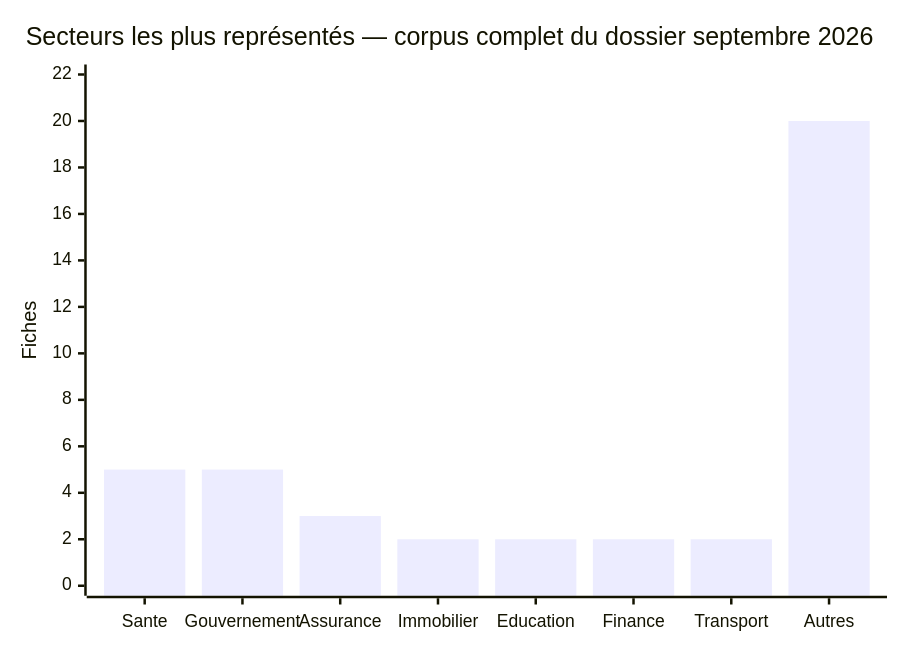
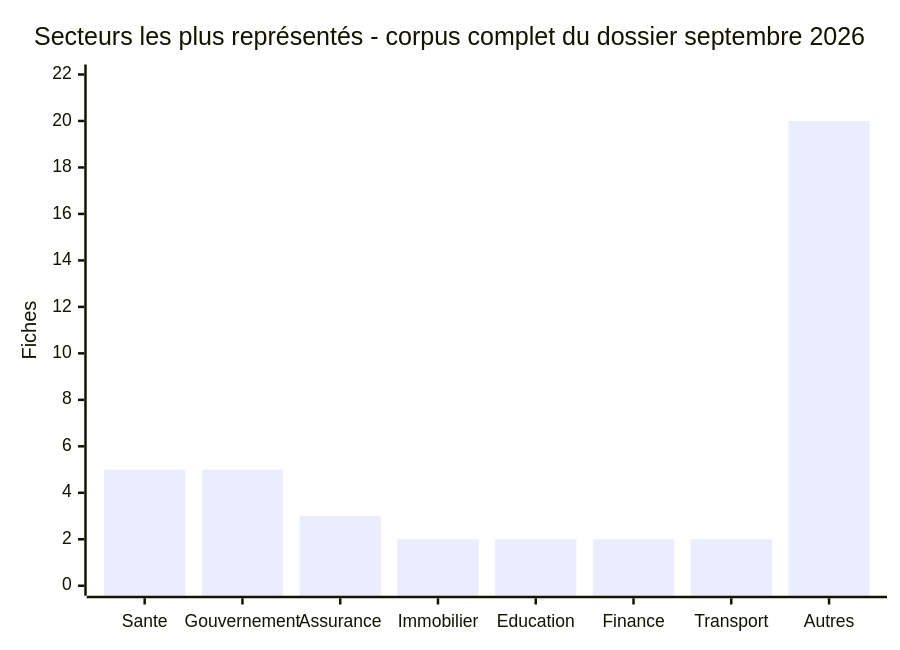
Before and after one commit to Hatchepsoute/AFRINTEL: the sixth of 10 diagrams in CyberAttackAfrica/2026/09-september/README_FR.md, drawn with Mermaid. The commit also changed other lines of this file and 35 other files, not shown here.

````diff
--- a/CyberAttackAfrica/2026/09-september/README_FR.md
+++ b/CyberAttackAfrica/2026/09-september/README_FR.md
@@ -190,7 +190,7 @@
 ```mermaid
 xychart-beta
-    title "Secteurs les plus représentés — corpus complet du dossier septembre 2026"
+    title "Secteurs les plus représentés  -  corpus complet du dossier septembre 2026"
     x-axis [Sante, Gouvernement, Assurance, Immobilier, Education, Finance, Transport, Autres]
     y-axis "Fiches" 0 --> 22
     bar [5, 5, 3, 2, 2, 2, 2, 20]
 ```
````
